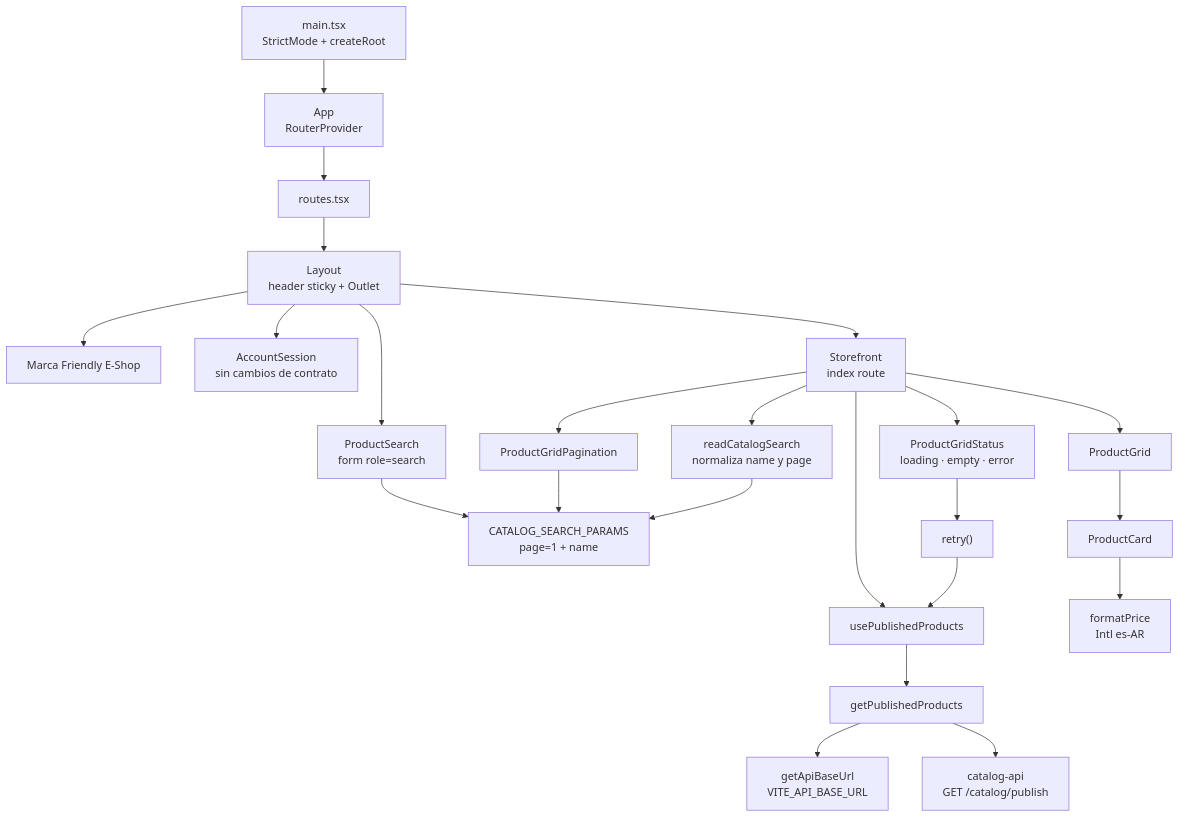
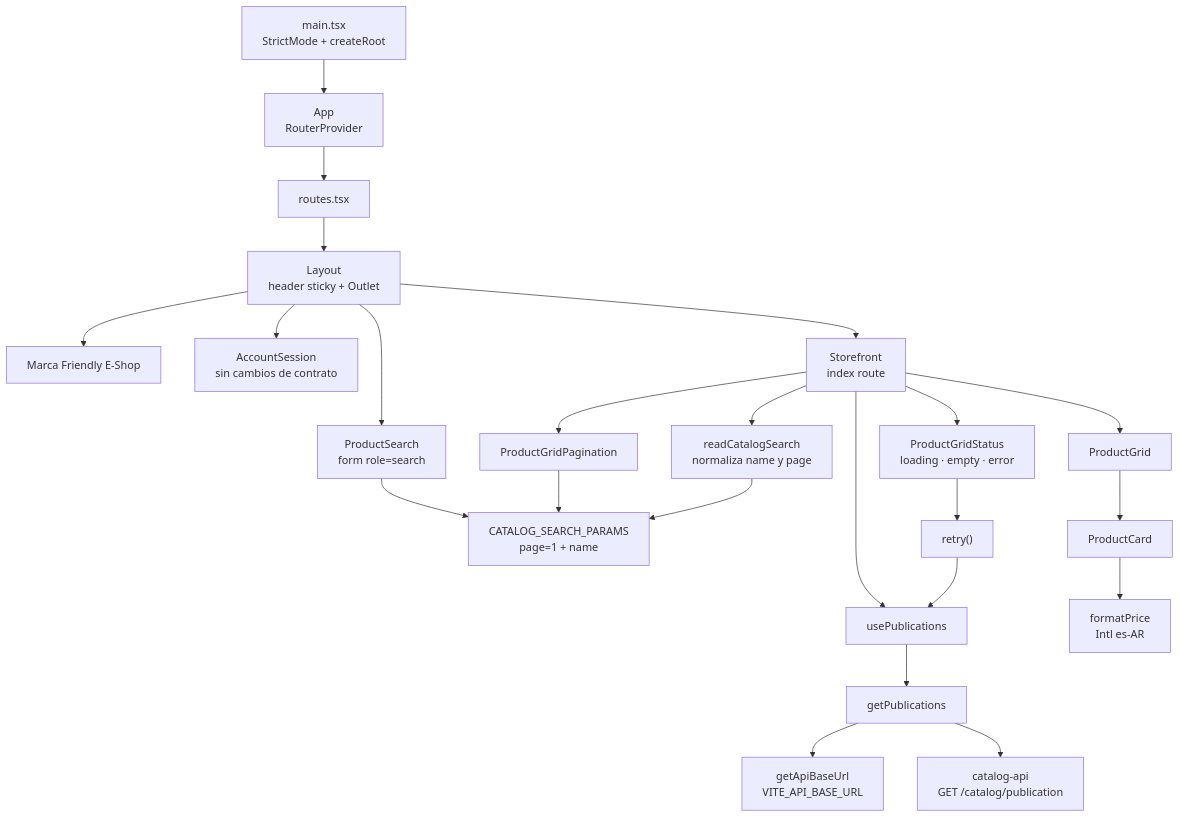
The first of 5 diagrams in specs/002-storefront-product-grid/uml.md (Dariosoft/fes-client-web), drawn with Mermaid before and after one commit. The commit also changed other lines of this file and 14 other files, not shown here.

````diff
--- a/specs/002-storefront-product-grid/uml.md
+++ b/specs/002-storefront-product-grid/uml.md
@@ -41,27 +41,27 @@
 ```mermaid
 flowchart TB
   Main["main.tsx<br/>StrictMode + createRoot"] --> App["App<br/>RouterProvider"]
   App --> Routes["routes.tsx"]
   Routes --> Layout["Layout<br/>header sticky + Outlet"]
   Layout --> Brand["Marca Friendly E-Shop"]
   Layout --> Search["ProductSearch<br/>form role=search"]
   Layout --> Account["AccountSession<br/>sin cambios de contrato"]
   Layout --> Storefront["Storefront<br/>index route"]
 
   Search --> SearchConfig["CATALOG_SEARCH_PARAMS<br/>page=1 + name"]
   Storefront --> ReadSearch["readCatalogSearch<br/>normaliza name y page"]
-  Storefront --> Hook["usePublishedProducts"]
-  Hook --> Client["getPublishedProducts"]
+  Storefront --> Hook["usePublications"]
+  Hook --> Client["getPublications"]
   Client --> BaseUrl["getApiBaseUrl<br/>VITE_API_BASE_URL"]
-  Client --> CatalogApi["catalog-api<br/>GET /catalog/publish"]
+  Client --> CatalogApi["catalog-api<br/>GET /catalog/publication"]
 
   Storefront --> Grid["ProductGrid"]
   Grid --> Card["ProductCard"]
   Card --> FormatPrice["formatPrice<br/>Intl es-AR"]
   Storefront --> Pagination["ProductGridPagination"]
   Storefront --> Status["ProductGridStatus<br/>loading · empty · error"]
   Status --> Retry["retry()"]
   Retry --> Hook
   Pagination --> SearchConfig
   ReadSearch --> SearchConfig
 ```
````
